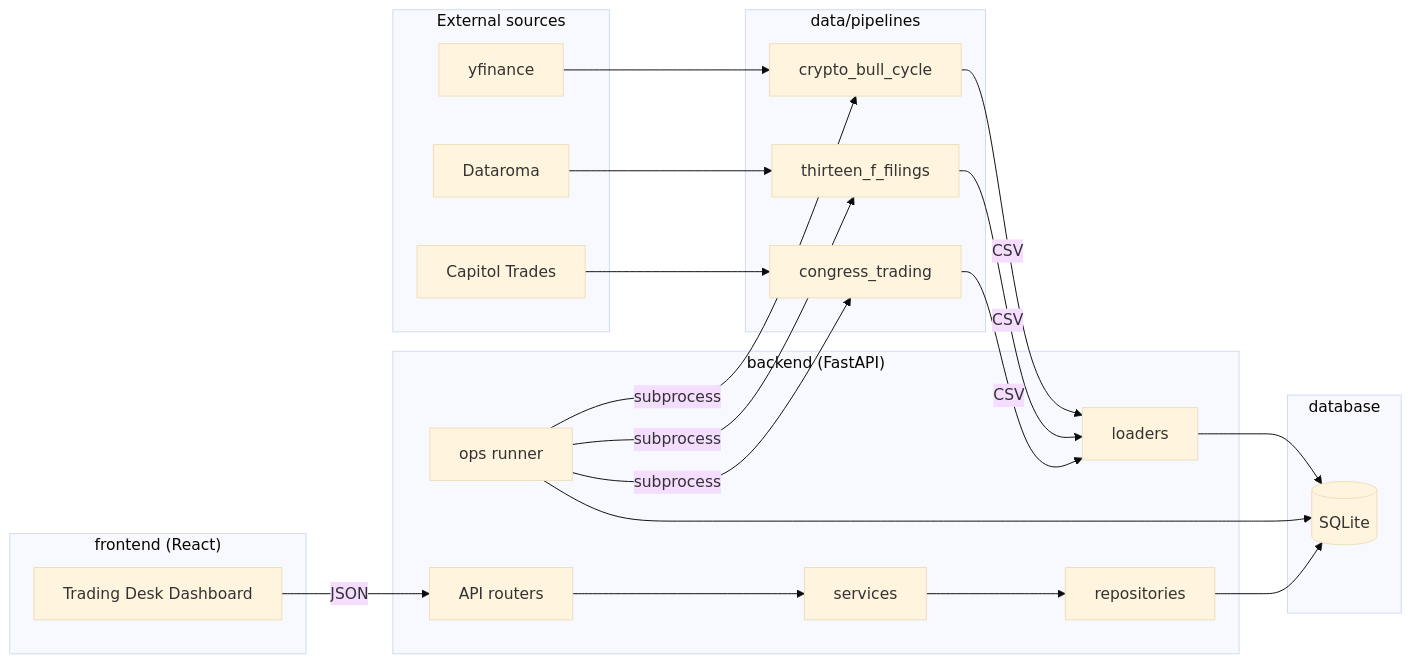
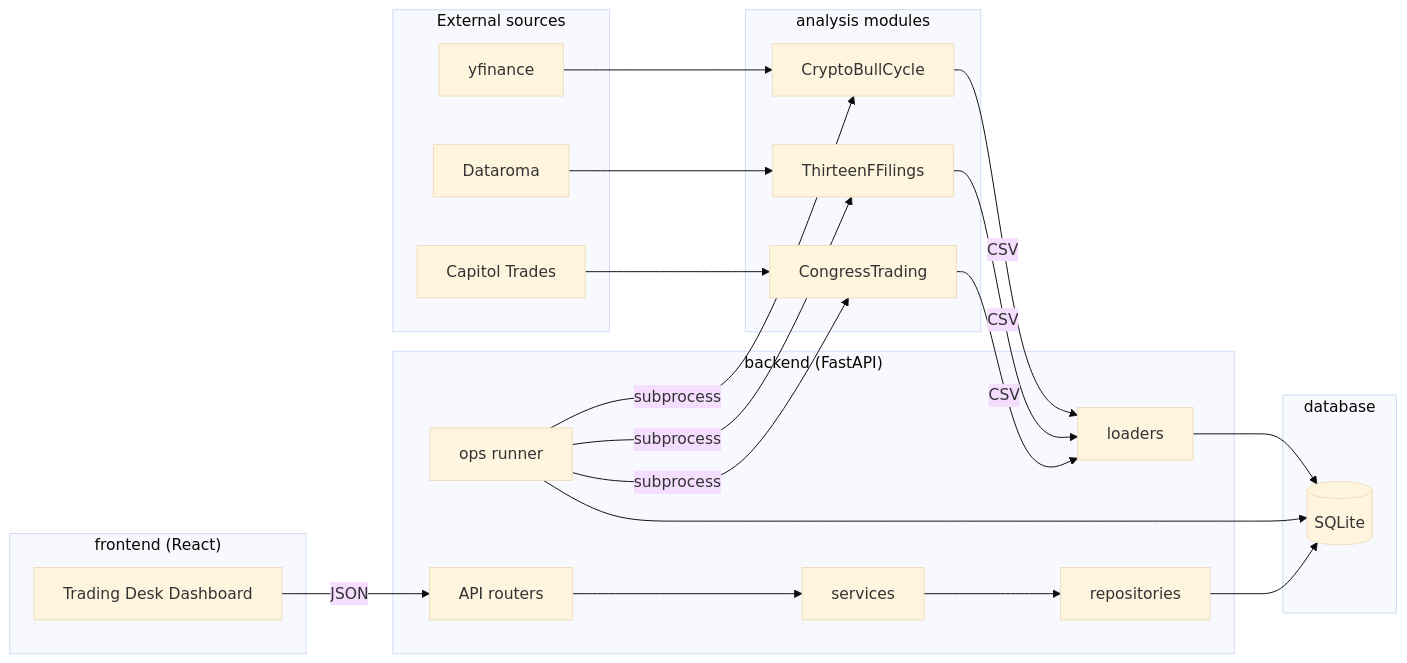
One commit to Manutd1234/Infrastructure_Projects changed the first of 6 diagrams in docs/architecture/UML_DIAGRAMS.md. Above: the diagram before and after it, drawn with Mermaid (base theme). The commit also changed other lines of this file and 80 other files, not shown here.

First line of the commit message:
refactor: move the 3 analysis modules to repo root as PascalCase folders

````diff
--- a/docs/architecture/UML_DIAGRAMS.md
+++ b/docs/architecture/UML_DIAGRAMS.md
@@ -8,44 +8,44 @@
 ```mermaid
 flowchart LR
     subgraph External["External sources"]
         YF[yfinance]
         DR[Dataroma]
         CT[Capitol Trades]
     end
 
-    subgraph Data["data/pipelines"]
-        CBC[crypto_bull_cycle]
-        TFF[thirteen_f_filings]
-        CTR[congress_trading]
+    subgraph Data["analysis modules"]
+        CBC[CryptoBullCycle]
+        TFF[ThirteenFFilings]
+        CTR[CongressTrading]
     end
 
     subgraph Backend["backend (FastAPI)"]
         API[API routers]
         SVC[services]
         REP[repositories]
         LDR[loaders]
         OPS[ops runner]
     end
 
     subgraph DB["database"]
         SQLite[(SQLite)]
     end
 
     subgraph FE["frontend (React)"]
         DASH[Trading Desk Dashboard]
     end
 
     YF --> CBC
     DR --> TFF
     CT --> CTR
     CBC -->|CSV| LDR
     TFF -->|CSV| LDR
     CTR -->|CSV| LDR
     LDR --> SQLite
     OPS -->|subprocess| CBC
     OPS -->|subprocess| TFF
     OPS -->|subprocess| CTR
     OPS --> SQLite
     API --> SVC --> REP --> SQLite
     DASH -->|JSON| API
 ```
````
